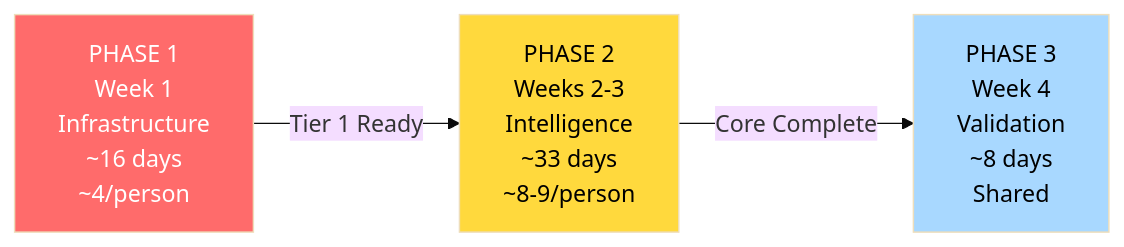
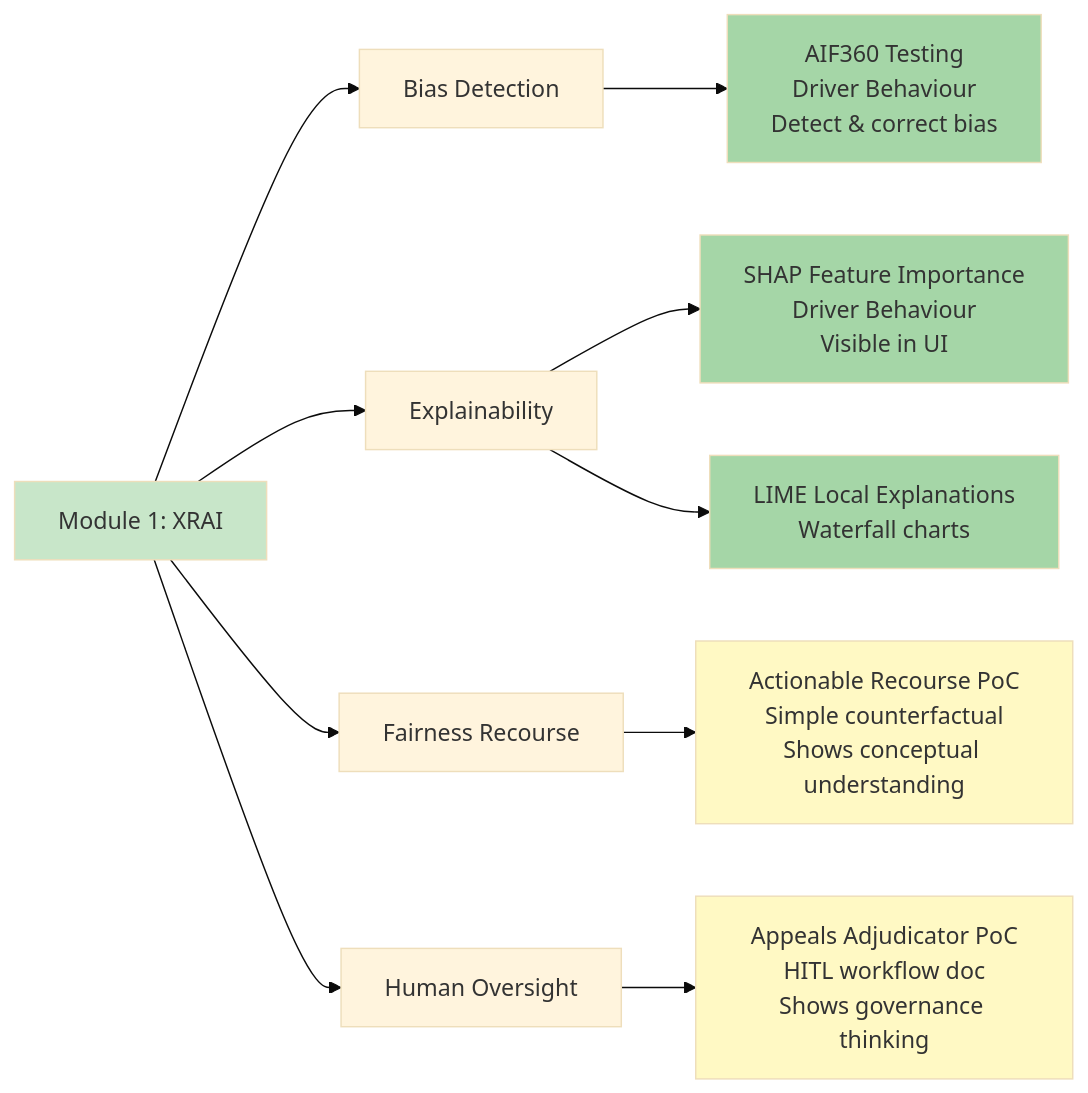
The ninth of 15 diagrams in docs/architecture/master_plan.md (tracedata-ai/tracedata-ai-monorepo), drawn with Mermaid (base theme) before and after one commit. The commit also changed other lines of this file and 1 other file, not shown here.

````diff
--- a/docs/architecture/master_plan.md
+++ b/docs/architecture/master_plan.md
@@ -194,9 +456,20 @@
 ```mermaid
 graph LR
-    P1["PHASE 1<br/>Week 1<br/>Infrastructure<br/>~16 days<br/>~4/person"] -->|Tier 1 Ready| P2["PHASE 2<br/>Weeks 2-3<br/>Intelligence<br/>~33 days<br/>~8-9/person"]
-    P2 -->|Core Complete| P3["PHASE 3<br/>Week 4<br/>Validation<br/>~8 days<br/>Shared"]
+    MOD1["Module 1: XRAI"] --> A["Bias Detection"]
+    MOD1 --> B["Explainability"]
+    MOD1 --> C["Fairness Recourse"]
+    MOD1 --> D["Human Oversight"]
 
-    style P1 fill:#ff6b6b,color:#fff
-    style P2 fill:#ffd93d,color:#000
-    style P3 fill:#a8d8ff,color:#000
+    A --> A1["AIF360 Testing<br/>Driver Behaviour<br/>Detect & correct bias"]
+    B --> B1["SHAP Feature Importance<br/>Driver Behaviour<br/>Visible in UI"]
+    B --> B2["LIME Local Explanations<br/>Waterfall charts"]
+    C --> C1["Actionable Recourse PoC<br/>Simple counterfactual<br/>Shows conceptual understanding"]
+    D --> D1["Appeals Adjudicator PoC<br/>HITL workflow doc<br/>Shows governance thinking"]
+
+    style MOD1 fill:#c8e6c9
+    style A1 fill:#a5d6a7
+    style B1 fill:#a5d6a7
+    style B2 fill:#a5d6a7
+    style C1 fill:#fff9c4
+    style D1 fill:#fff9c4
 ```
````
